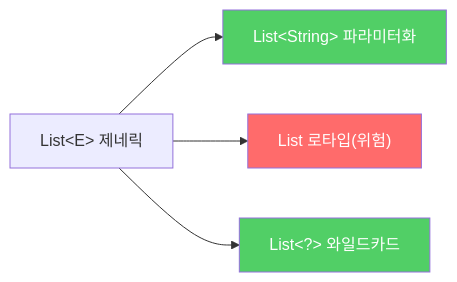
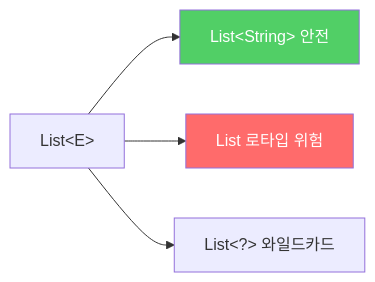
One commit to yjkim2015/yjkim2015.github.io changed the third of 3 diagrams in _posts/java/2022-01-05-effective-java26.md. Above: the diagram before and after it, drawn with Mermaid. The commit also changed 163 other files, not shown here.

First line of the commit message:
Mermaid 300개 블록 내용 축소: 5노드 5엣지 이하, 의미 있는 약어

````diff
--- a/_posts/java/2022-01-05-effective-java26.md
+++ b/_posts/java/2022-01-05-effective-java26.md
@@ -191,9 +191,8 @@
 ```mermaid
 graph LR
-    A["List&lt;E&gt; 제네릭"] --> B["List&lt;String&gt; 파라미터화"]
-    A --> C["List 로타입(위험)"]
+    A["List&lt;E&gt;"] --> B["List&lt;String&gt; 안전"]
+    A --> C["List 로타입 위험"]
     A --> D["List&lt;?&gt; 와일드카드"]
     style C fill:#ff6b6b,color:#fff
     style B fill:#51cf66,color:#fff
-    style D fill:#51cf66,color:#fff
 ```
````
